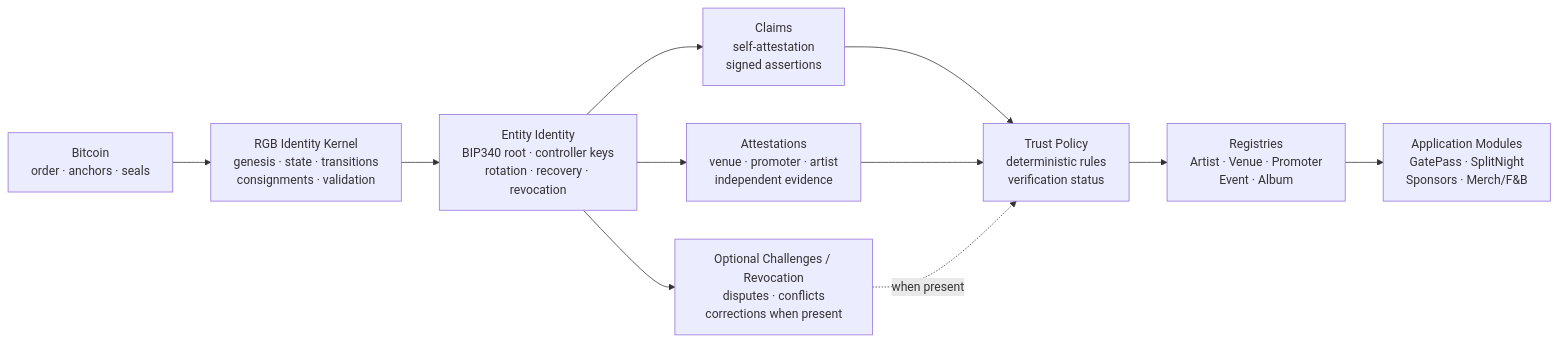
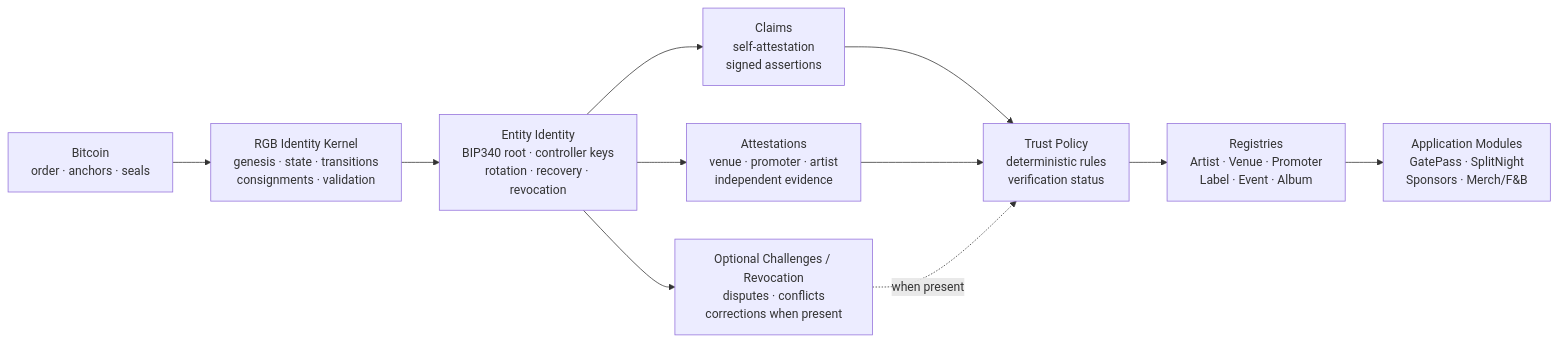
One commit to EdwinKestler/o2a-protocol changed the first of 3 diagrams in docs/diagrams/02-end-to-end-protocol-flow.md. Above: the diagram before and after it, drawn with Mermaid. The commit also changed 11 other files, not shown here.

````diff
--- a/docs/diagrams/02-end-to-end-protocol-flow.md
+++ b/docs/diagrams/02-end-to-end-protocol-flow.md
@@ -5,19 +5,19 @@
 ```mermaid
 flowchart LR
     B["Bitcoin<br/>order · anchors · seals"]
     K["RGB Identity Kernel<br/>genesis · state · transitions<br/>consignments · validation"]
     I["Entity Identity<br/>BIP340 root · controller keys<br/>rotation · recovery · revocation"]
     C["Claims<br/>self-attestation<br/>signed assertions"]
     A["Attestations<br/>venue · promoter · artist<br/>independent evidence"]
     X["Optional Challenges / Revocation<br/>disputes · conflicts<br/>corrections when present"]
     P["Trust Policy<br/>deterministic rules<br/>verification status"]
-    R["Registries<br/>Artist · Venue · Promoter<br/>Event · Album"]
+    R["Registries<br/>Artist · Venue · Promoter<br/>Label · Event · Album"]
     M["Application Modules<br/>GatePass · SplitNight<br/>Sponsors · Merch/F&B"]
 
     B --> K --> I
     I --> C --> P
     I --> A --> P
     I --> X
     X -. "when present" .-> P
     P --> R --> M
 ```
````
